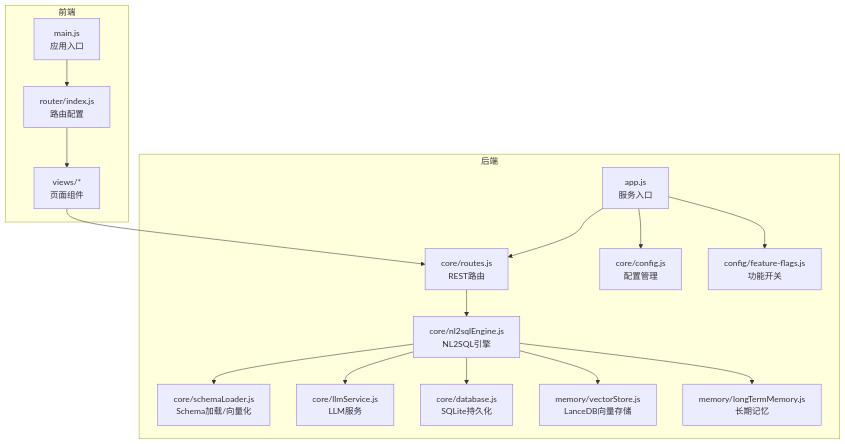
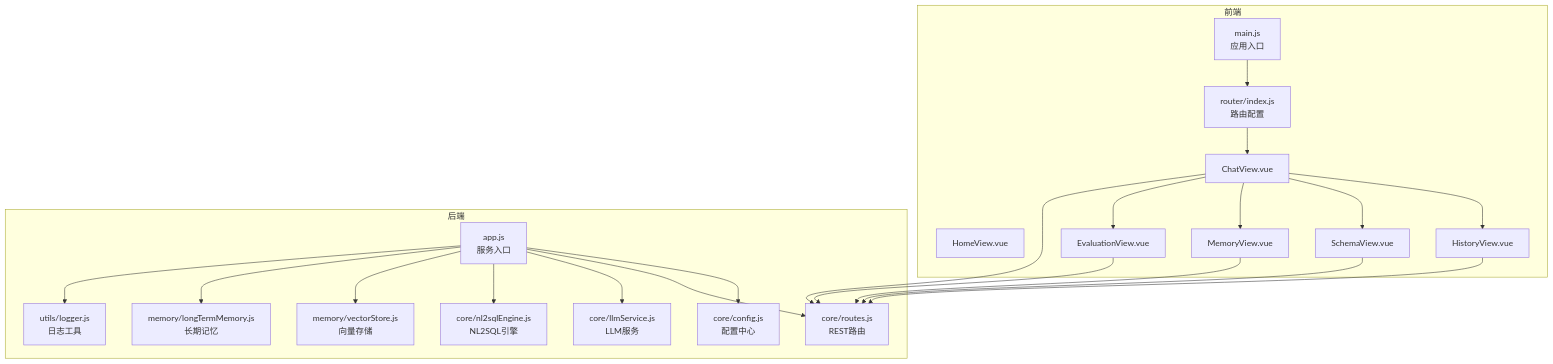
Before and after one commit to HanHuiOnLine/724-office: the first of 5 diagrams in NL2SQL/.qoder/repowiki/zh/content/系统架构/系统架构.md, drawn with Mermaid. The commit also changed other lines of this file and 207 other files, not shown here.

````diff
--- a/NL2SQL/.qoder/repowiki/zh/content/系统架构/系统架构.md
+++ b/NL2SQL/.qoder/repowiki/zh/content/系统架构/系统架构.md
@@ -51,32 +47,41 @@
 ```mermaid
 graph TB
 subgraph "前端"
 FE_Main["main.js<br/>应用入口"]
 FE_Router["router/index.js<br/>路由配置"]
-FE_Components["views/*<br/>页面组件"]
+FE_View_Home["HomeView.vue"]
+FE_View_Chat["ChatView.vue"]
+FE_View_History["HistoryView.vue"]
+FE_View_Schema["SchemaView.vue"]
+FE_View_Memory["MemoryView.vue"]
+FE_View_Eval["EvaluationView.vue"]
 end
 subgraph "后端"
 BE_App["app.js<br/>服务入口"]
+BE_Config["core/config.js<br/>配置中心"]
 BE_Routes["core/routes.js<br/>REST路由"]
-BE_Engine["core/nl2sqlEngine.js<br/>NL2SQL引擎"]
-BE_Schema["core/schemaLoader.js<br/>Schema加载/向量化"]
 BE_LLM["core/llmService.js<br/>LLM服务"]
-BE_DB["core/database.js<br/>SQLite持久化"]
-BE_Vector["memory/vectorStore.js<br/>LanceDB向量存储"]
-BE_LongMem["memory/longTermMemory.js<br/>长期记忆"]
-BE_Config["core/config.js<br/>配置管理"]
-BE_Flags["config/feature-flags.js<br/>功能开关"]
+BE_NL2SQL["core/nl2sqlEngine.js<br/>NL2SQL引擎"]
+BE_Vector["memory/vectorStore.js<br/>向量存储"]
+BE_LTM["memory/longTermMemory.js<br/>长期记忆"]
+BE_Logger["utils/logger.js<br/>日志工具"]
 end
 FE_Main --> FE_Router
-FE_Router --> FE_Components
-FE_Components --> BE_Routes
+FE_Router --> FE_View_Chat
+FE_View_Chat --> FE_View_History
+FE_View_Chat --> FE_View_Schema
+FE_View_Chat --> FE_View_Memory
+FE_View_Chat --> FE_View_Eval
+FE_View_Chat --> BE_Routes
+FE_View_History --> BE_Routes
+FE_View_Schema --> BE_Routes
+FE_View_Memory --> BE_Routes
+FE_View_Eval --> BE_Routes
+BE_App --> BE_Config
 BE_App --> BE_Routes
-BE_Routes --> BE_Engine
-BE_Engine --> BE_Schema
-BE_Engine --> BE_LLM
-BE_Engine --> BE_DB
-BE_Engine --> BE_Vector
-BE_Engine --> BE_LongMem
-BE_App --> BE_Config
-BE_App --> BE_Flags
+BE_App --> BE_LLM
+BE_App --> BE_NL2SQL
+BE_App --> BE_Vector
+BE_App --> BE_LTM
+BE_App --> BE_Logger
 ```
````
